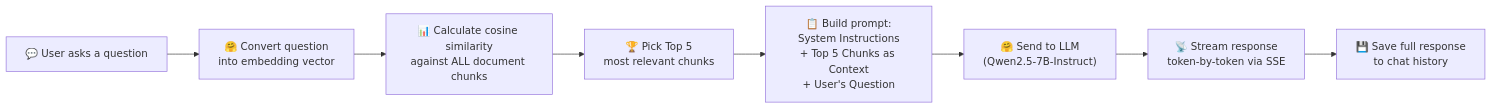
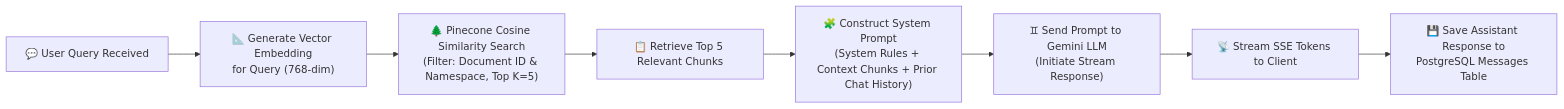
The third of 6 diagrams in README.md (harsh18082001/ai-pdf-intelligence), drawn with Mermaid before and after one commit. The commit also changed other lines of this file and 50 other files, not shown here.

````diff
--- a/README.md
+++ b/README.md
@@ -90,10 +119,10 @@
 ```mermaid
 flowchart LR
-    A["💬 User asks a question"] --> B["🤗 Convert question\ninto embedding vector"]
-    B --> C["📊 Calculate cosine similarity\nagainst ALL document chunks"]
-    C --> D["🏆 Pick Top 5\nmost relevant chunks"]
-    D --> E["📋 Build prompt:\nSystem Instructions\n+ Top 5 Chunks as Context\n+ User's Question"]
-    E --> F["🤗 Send to LLM\n(Qwen2.5-7B-Instruct)"]
-    F --> G["📡 Stream response\ntoken-by-token via SSE"]
-    G --> H["💾 Save full response\nto chat history"]
+    A["💬 User Query Received"] --> B["📐 Generate Vector Embedding\nfor Query (768-dim)"]
+    B --> C["🌲 Pinecone Cosine Similarity Search\n(Filter: Document ID & Namespace, Top K=5)"]
+    C --> D["📋 Retrieve Top 5 Relevant Chunks"]
+    D --> E["🧩 Construct System Prompt\n(System Rules + Context Chunks + Prior Chat History)"]
+    E --> F["♊ Send Prompt to Gemini LLM\n(Initiate Stream Response)"]
+    F --> G["📡 Stream SSE Tokens to Client"]
+    G --> H["💾 Save Assistant Response to\nPostgreSQL Messages Table"]
 ```
````
